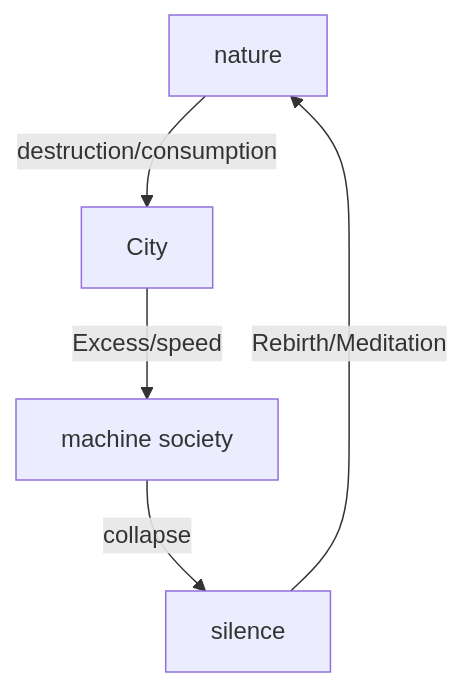
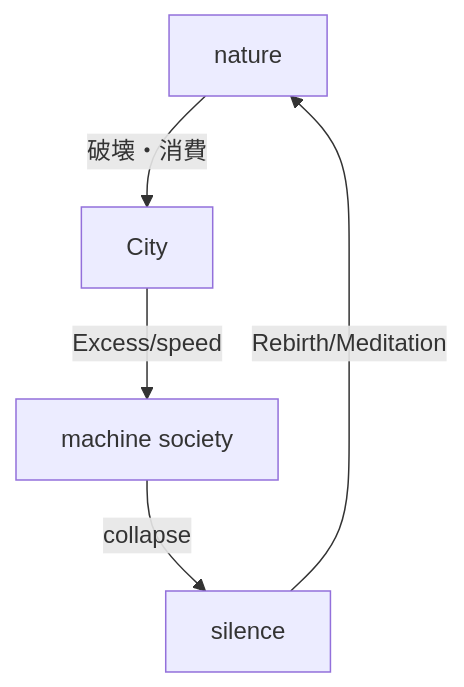
One commit to monumental-movement/monumental-movement.github.io changed the second of 2 diagrams in en/_posts/2025-11-13-column-koyaanisqatsi.md. Above: the diagram before and after it, drawn with Mermaid. The commit also changed other lines of this file and 1012 other files, not shown here.

```diff
--- a/en/_posts/2025-11-13-column-koyaanisqatsi.md
+++ b/en/_posts/2025-11-13-column-koyaanisqatsi.md
@@ -148,9 +148,9 @@
 <div class="mermaid">
 
 graph TD
-A[nature] -->|destruction/consumption| B[City]
+A[nature] -->|破壊・消費| B[City]
 B -->|Excess/speed| C[machine society]
 C -->|collapse| D[silence]
 D -->|Rebirth/Meditation| A
 
 </div>
```
